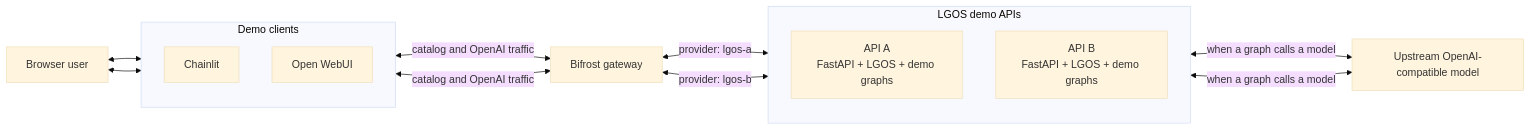
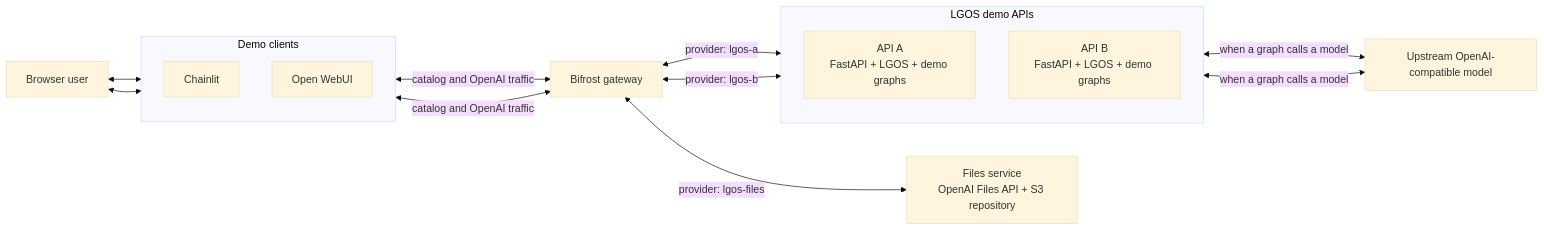
One commit to ilkersigirci/langgraph-openai-serve changed the first of 2 diagrams in docs/demo/architecture.md. Above: the diagram before and after it, drawn with Mermaid (base theme). The commit also changed other lines of this file and 75 other files, not shown here.

Commit message:
feat: separate openai files api service added

````diff
--- a/docs/demo/architecture.md
+++ b/docs/demo/architecture.md
@@ -11,29 +12,32 @@
 ```mermaid
 flowchart LR
   user["Browser user"]
 
   subgraph clients["Demo clients"]
     direction TB
     chainlit["Chainlit"]
     openwebui["Open WebUI"]
   end
 
   bifrost["Bifrost gateway"]
 
   subgraph apis["LGOS demo APIs"]
     direction TB
     api_a["API A<br/>FastAPI + LGOS + demo graphs"]
     api_b["API B<br/>FastAPI + LGOS + demo graphs"]
   end
 
+  files["Files service<br/>OpenAI Files API + S3 repository"]
+
   model["Upstream OpenAI-compatible model"]
 
   user <--> chainlit
   user <--> openwebui
   chainlit <-->|"catalog and OpenAI traffic"| bifrost
   openwebui <-->|"catalog and OpenAI traffic"| bifrost
   bifrost <-->|"provider: lgos-a"| api_a
   bifrost <-->|"provider: lgos-b"| api_b
+  bifrost <-->|"provider: lgos-files"| files
   api_a <-->|"when a graph calls a model"| model
   api_b <-->|"when a graph calls a model"| model
 ```
````
